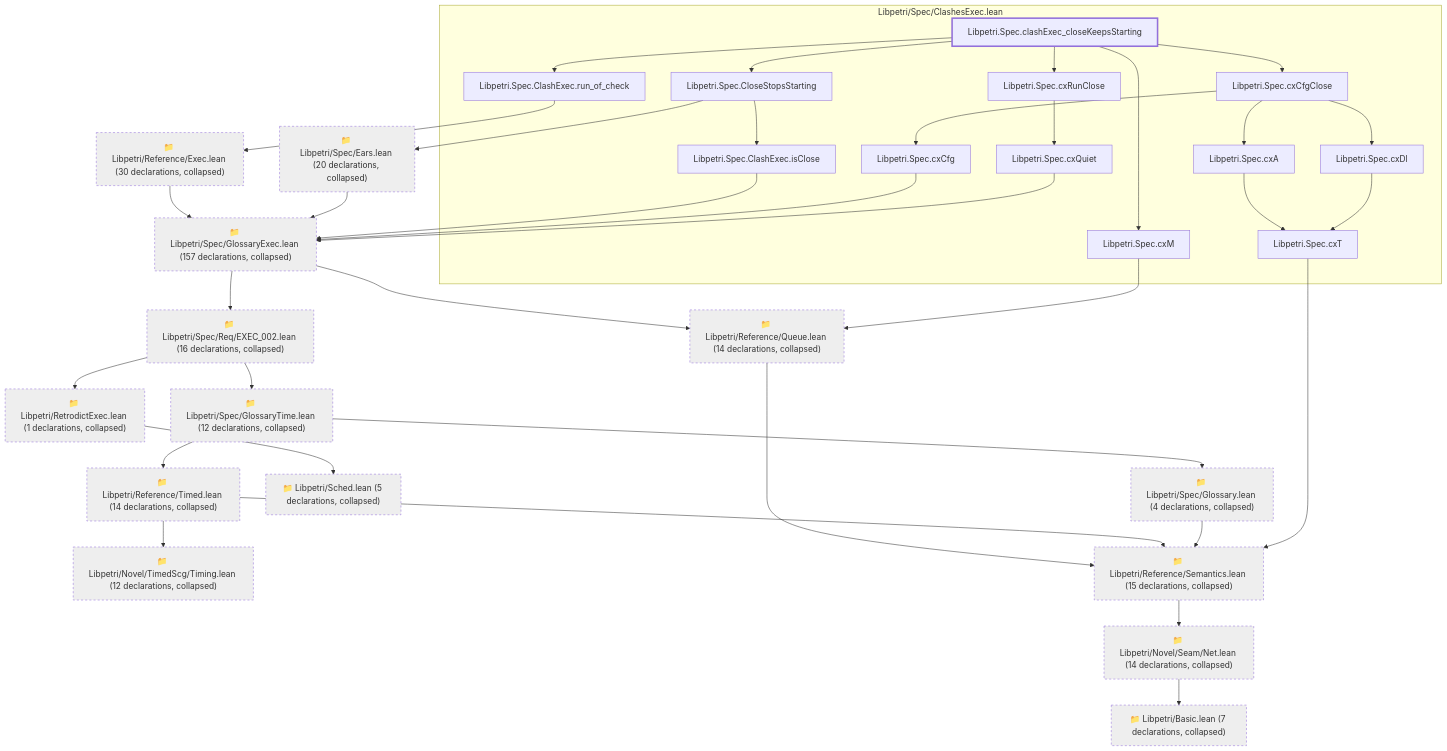
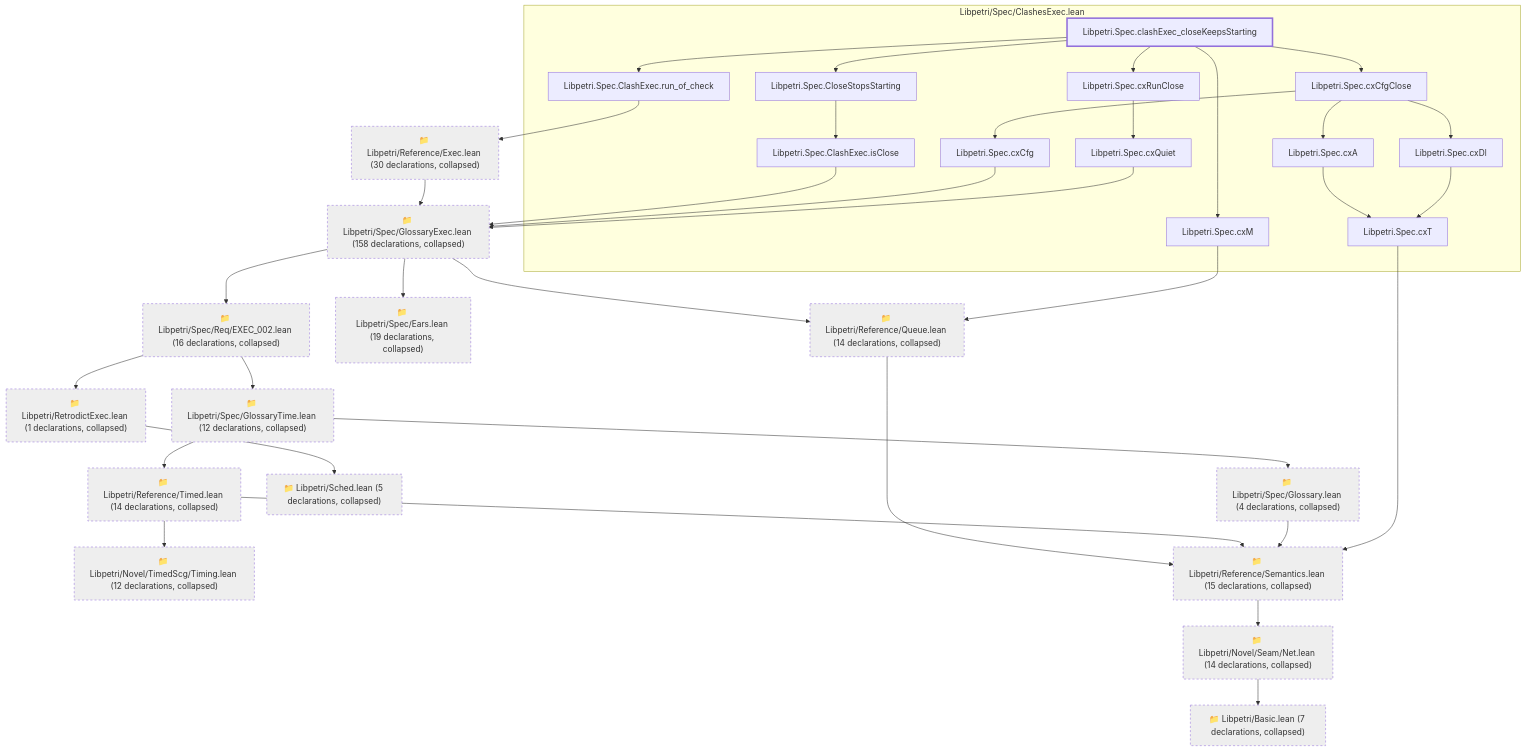
One commit to debe/libpetri changed the diagram in lean/graph/requirements/ENV-013.md. Above: the diagram before and after it, drawn with Mermaid. The commit also changed 393 other files, not shown here.

First line of the commit message:
feat(spec): AI sign-off of every Lean requirement block; defect ledger closed

````diff
--- a/lean/graph/requirements/ENV-013.md
+++ b/lean/graph/requirements/ENV-013.md
@@ -13,70 +13,69 @@
 ```mermaid
 flowchart TD
   subgraph g0["Libpetri/Spec/ClashesExec.lean"]
-    n5924["Libpetri.Spec.ClashExec.isClose"]
-    n5926["Libpetri.Spec.ClashExec.run_of_check"]
-    n5955["Libpetri.Spec.CloseStopsStarting"]
-    n12315["Libpetri.Spec.clashExec_closeKeepsStarting"]
-    n14016["Libpetri.Spec.cxA"]
-    n14018["Libpetri.Spec.cxCfg"]
-    n14019["Libpetri.Spec.cxCfgClose"]
-    n14024["Libpetri.Spec.cxDl"]
-    n14026["Libpetri.Spec.cxM"]
-    n14028["Libpetri.Spec.cxQuiet"]
-    n14029["Libpetri.Spec.cxRunClose"]
-    n14038["Libpetri.Spec.cxT"]
+    n5951["Libpetri.Spec.ClashExec.isClose"]
+    n5953["Libpetri.Spec.ClashExec.run_of_check"]
+    n5982["Libpetri.Spec.CloseStopsStarting"]
+    n12499["Libpetri.Spec.clashExec_closeKeepsStarting"]
+    n14228["Libpetri.Spec.cxA"]
+    n14230["Libpetri.Spec.cxCfg"]
+    n14231["Libpetri.Spec.cxCfgClose"]
+    n14236["Libpetri.Spec.cxDl"]
+    n14238["Libpetri.Spec.cxM"]
+    n14240["Libpetri.Spec.cxQuiet"]
+    n14241["Libpetri.Spec.cxRunClose"]
+    n14250["Libpetri.Spec.cxT"]
   end
   c0["📁 Libpetri/Basic.lean (7 declarations, collapsed)"]
   c54["📁 Libpetri/Novel/Seam/Net.lean (14 declarations, collapsed)"]
   c66["📁 Libpetri/Novel/TimedScg/Timing.lean (12 declarations, collapsed)"]
   c80["📁 Libpetri/Reference/Exec.lean (30 declarations, collapsed)"]
   c91["📁 Libpetri/Reference/Queue.lean (14 declarations, collapsed)"]
   c94["📁 Libpetri/Reference/Semantics.lean (15 declarations, collapsed)"]
   c98["📁 Libpetri/Reference/Timed.lean (14 declarations, collapsed)"]
   c103["📁 Libpetri/RetrodictExec.lean (1 declarations, collapsed)"]
   c109["📁 Libpetri/Sched.lean (5 declarations, collapsed)"]
-  c131["📁 Libpetri/Spec/Ears.lean (20 declarations, collapsed)"]
+  c131["📁 Libpetri/Spec/Ears.lean (19 declarations, collapsed)"]
   c132["📁 Libpetri/Spec/Glossary.lean (4 declarations, collapsed)"]
-  c139["📁 Libpetri/Spec/GlossaryExec.lean (157 declarations, collapsed)"]
+  c139["📁 Libpetri/Spec/GlossaryExec.lean (158 declarations, collapsed)"]
   c146["📁 Libpetri/Spec/GlossaryTime.lean (12 declarations, collapsed)"]
   c232["📁 Libpetri/Spec/Req/EXEC_002.lean (16 declarations, collapsed)"]
   c54 --> c0
   c80 --> c139
   c91 --> c94
   c94 --> c54
   c98 --> c66
   c98 --> c94
   c103 --> c109
-  c131 --> c139
   c132 --> c94
   c139 --> c91
+  c139 --> c131
   c139 --> c232
   c146 --> c98
   c146 --> c132
   c232 --> c103
   c232 --> c146
-  n5924 --> c139
-  n5926 --> c80
-  n5955 --> c131
-  n5955 --> n5924
-  n12315 --> n5926
-  n12315 --> n5955
-  n12315 --> n14019
-  n12315 --> n14026
-  n12315 --> n14029
-  n14016 --> n14038
-  n14018 --> c139
-  n14019 --> n14016
-  n14019 --> n14018
-  n14019 --> n14024
-  n14024 --> n14038
-  n14026 --> c91
-  n14028 --> c139
-  n14029 --> n14028
-  n14038 --> c94
+  n5951 --> c139
+  n5953 --> c80
+  n5982 --> n5951
+  n12499 --> n5953
+  n12499 --> n5982
+  n12499 --> n14231
+  n12499 --> n14238
+  n12499 --> n14241
+  n14228 --> n14250
+  n14230 --> c139
+  n14231 --> n14228
+  n14231 --> n14230
+  n14231 --> n14236
+  n14236 --> n14250
+  n14238 --> c91
+  n14240 --> c139
+  n14241 --> n14240
+  n14250 --> c94
   classDef root stroke-width:3px
   classDef locked fill:#fff3cd,stroke:#b8860b
   classDef collapsed fill:#eeeeee,stroke-dasharray:4 4
-  class n12315 root
+  class n12499 root
   class c0,c54,c66,c80,c91,c94,c98,c103,c109,c131,c132,c139,c146,c232 collapsed
 ```
````
